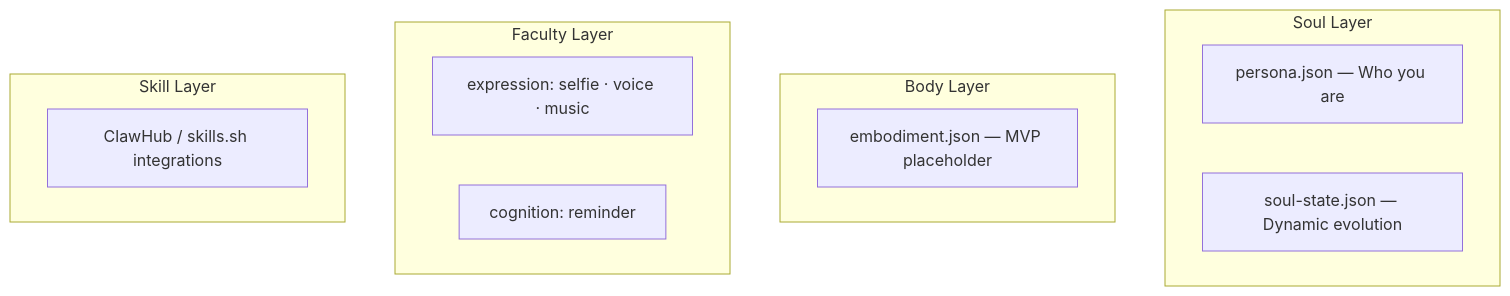
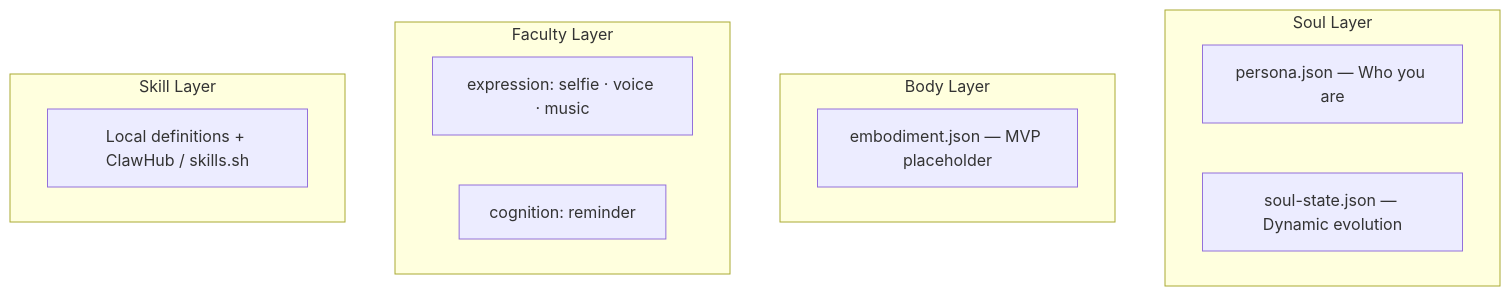
One commit to ACNet-AI/OpenPersona changed the diagram in README.md. Above: the diagram before and after it, drawn with Mermaid. The commit also changed other lines of this file and 21 other files, not shown here.

````diff
--- a/README.md
+++ b/README.md
@@ -44,17 +44,17 @@
 ```mermaid
 flowchart TB
   subgraph Soul ["Soul Layer"]
     A["persona.json — Who you are"]
     B["soul-state.json — Dynamic evolution"]
   end
   subgraph Body ["Body Layer"]
     C["embodiment.json — MVP placeholder"]
   end
   subgraph Faculty ["Faculty Layer"]
     D["expression: selfie · voice · music"]
     E["cognition: reminder"]
   end
   subgraph Skill ["Skill Layer"]
-    F["ClawHub / skills.sh integrations"]
+    F["Local definitions + ClawHub / skills.sh"]
   end
 ```
````
